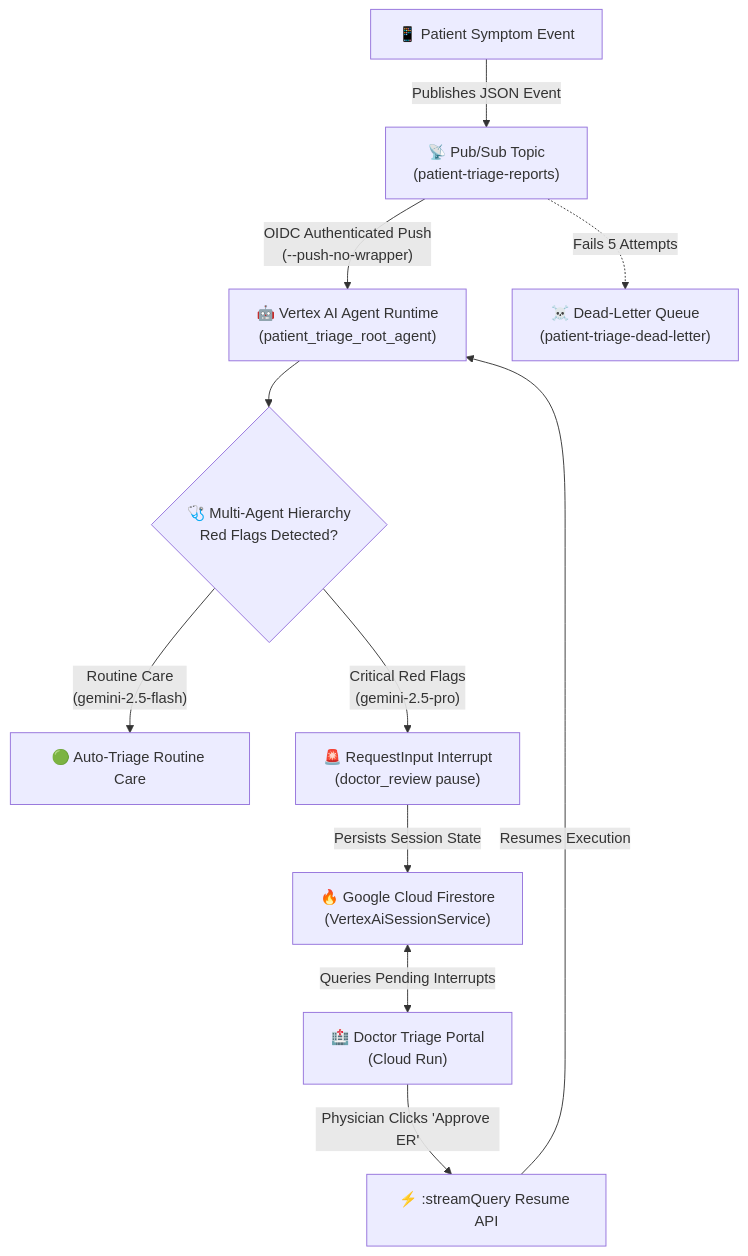
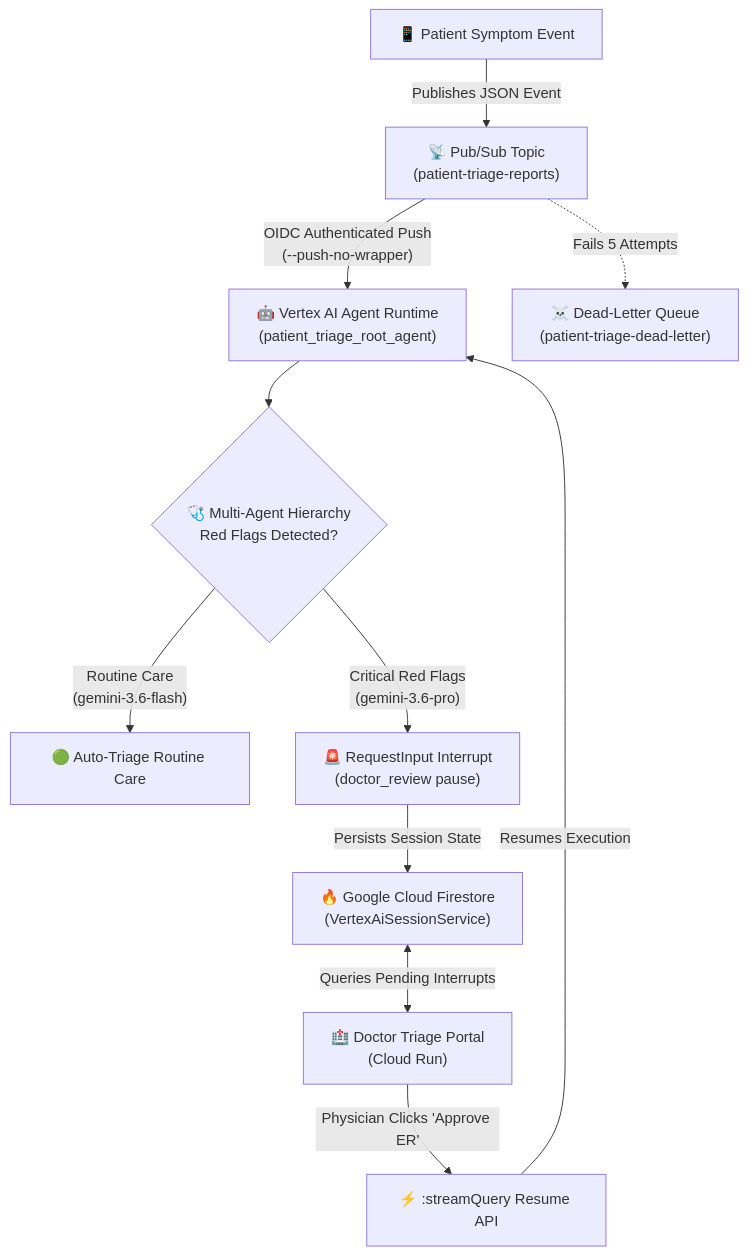
The diagram in README.md (eliywilner/patient-triage-agent), drawn with Mermaid before and after one commit. The commit also changed other lines of this file and 2 other files, not shown here.

Commit message:
Update default model configurations to gemini-3.6-flash and gemini-3.6-pro

````diff
--- a/README.md
+++ b/README.md
@@ -19,17 +19,17 @@
 ```mermaid
 flowchart TD
     A["📱 Patient Symptom Event"] -->|"Publishes JSON Event"| B["📡 Pub/Sub Topic\n(patient-triage-reports)"]
     B -->|"OIDC Authenticated Push\n(--push-no-wrapper)"| C["🤖 Vertex AI Agent Runtime\n(patient_triage_root_agent)"]
     
     C --> D{"🩺 Multi-Agent Hierarchy\nRed Flags Detected?"}
-    D -->|"Routine Care\n(gemini-2.5-flash)"| E["🟢 Auto-Triage Routine Care"]
-    D -->|"Critical Red Flags\n(gemini-2.5-pro)"| F["🚨 RequestInput Interrupt\n(doctor_review pause)"]
+    D -->|"Routine Care\n(gemini-3.6-flash)"| E["🟢 Auto-Triage Routine Care"]
+    D -->|"Critical Red Flags\n(gemini-3.6-pro)"| F["🚨 RequestInput Interrupt\n(doctor_review pause)"]
     
     F -->|"Persists Session State"| G["🔥 Google Cloud Firestore\n(VertexAiSessionService)"]
     G <-->|"Queries Pending Interrupts"| H["🏥 Doctor Triage Portal\n(Cloud Run)"]
     
     H -->|"Physician Clicks 'Approve ER'"| I["⚡ :streamQuery Resume API"]
     I -->|"Resumes Execution"| C
     
     B -.->|"Fails 5 Attempts"| J["☠️ Dead-Letter Queue\n(patient-triage-dead-letter)"]
 ```
````
